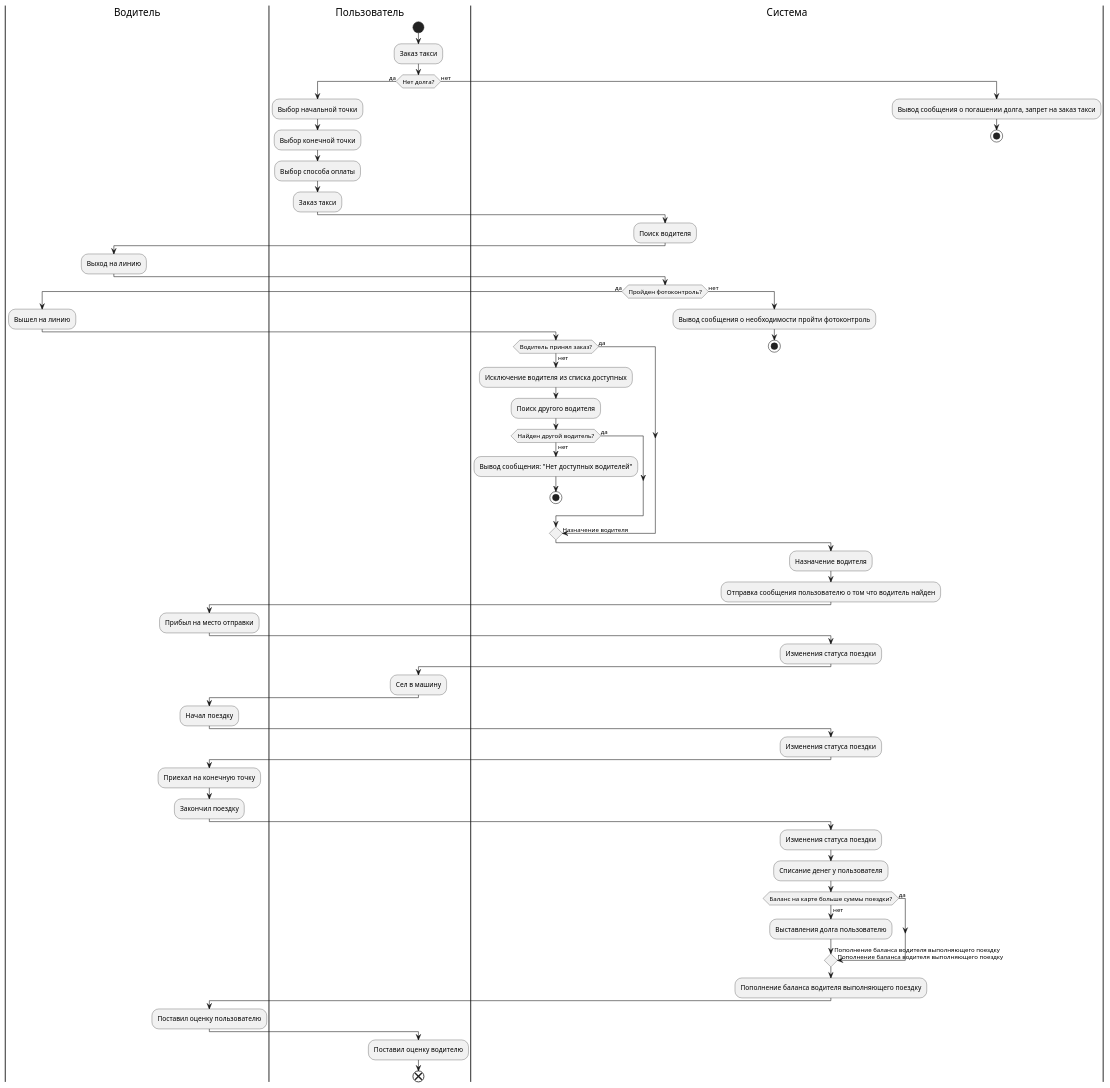
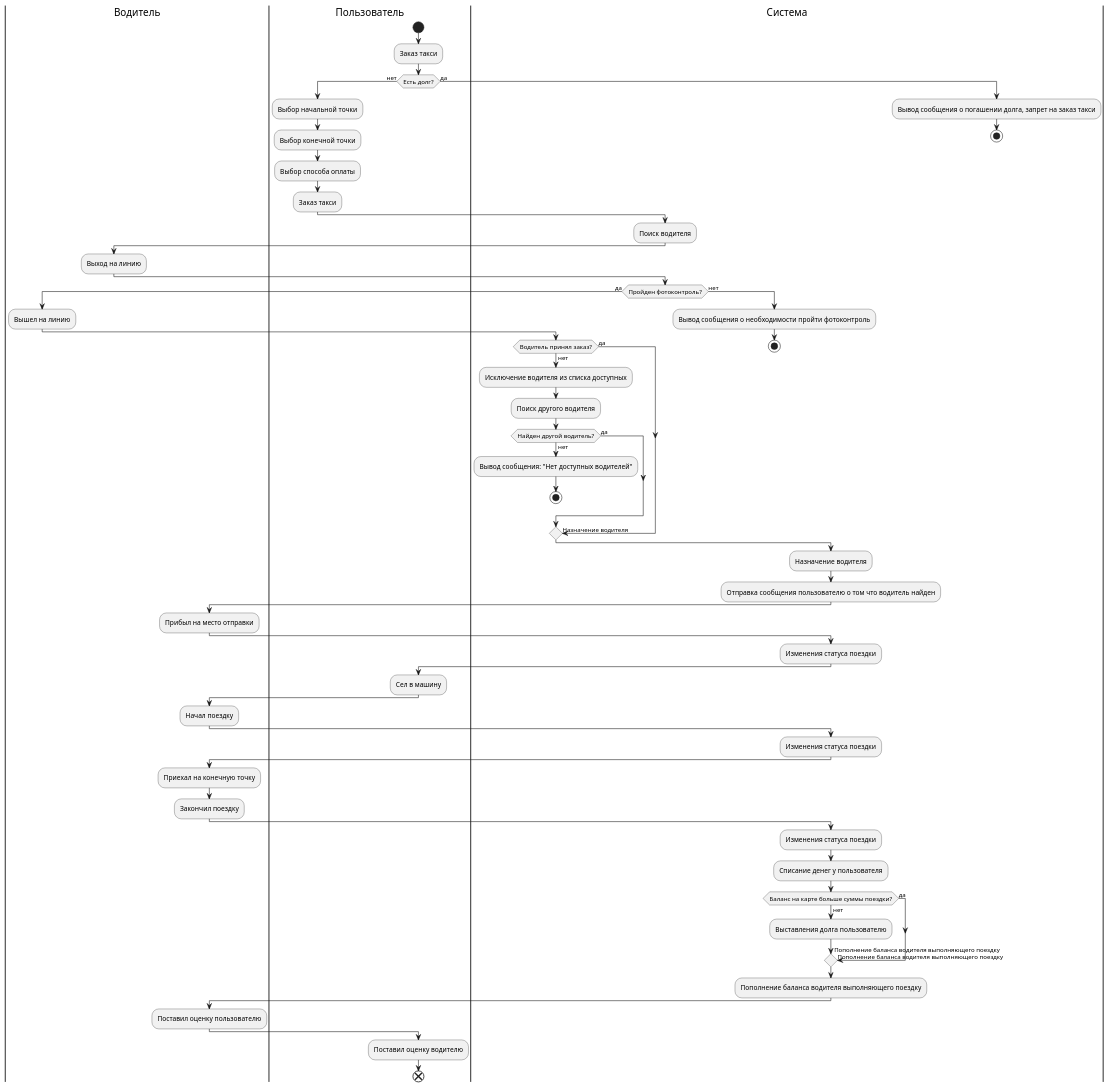
Before and after one commit to den990/PPO: the diagram in 2. Технический проект/4_state/state.puml, drawn with PlantUML. The commit also changed 11 other files, not shown here.

```diff
--- a/2. Технический проект/4_state/state.puml
+++ b/2. Технический проект/4_state/state.puml
@@ -1,73 +1,73 @@
 @startuml
 |Водитель|
 |Пользователь|
 start
 |Пользователь|
 :Заказ такси;
-if (Нет долга?) then (да)
+if (Есть долг?) then (нет)
     :Выбор начальной точки;
     :Выбор конечной точки;
     :Выбор способа оплаты;
     :Заказ такси;
     |Система|
     :Поиск водителя;
     |Водитель|
     :Выход на линию;
     |Система|
     if (Пройден фотоконтроль?) then (да)
         |Водитель|
         :Вышел на линию;
         |Система|
         if (Водитель принял заказ?) then (да)
             -> Назначение водителя;
         else (нет)
             :Исключение водителя из списка доступных;
             :Поиск другого водителя;
             if (Найден другой водитель?) then (да)
                 -> Назначение водителя;
             else (нет)
                 :Вывод сообщения: "Нет доступных водителей";    
                 stop
             endif
         endif   
     else (нет)
         :Вывод сообщения о необходимости пройти фотоконтроль;
         stop
     endif
-else (нет)
+else (да)
     :Вывод сообщения о погашении долга, запрет на заказ такси;
     stop
 endif
 |Система|
 :Назначение водителя;
 :Отправка сообщения пользователю о том что водитель найден;
 |Водитель|
 :Прибыл на место отправки;
 |Система|
 :Изменения статуса поездки;
 |Пользователь|
 :Сел в машину;
 |Водитель|
 :Начал поездку;
 |Система|
 :Изменения статуса поездки;
 |Водитель|
 :Приехал на конечную точку;
 :Закончил поездку;
 |Система|
 :Изменения статуса поездки;
 :Списание денег у пользователя;
 if (Баланс на карте больше суммы поездки?) then (да)
     ->Пополнение баланса водителя выполняющего поездку;
 else (нет)
     :Выставления долга пользователю;
     ->Пополнение баланса водителя выполняющего поездку;
 endif
 
 :Пополнение баланса водителя выполняющего поездку;
 |Водитель|
 :Поставил оценку пользователю;
 |Пользователь|
 :Поставил оценку водителю;
 end
 @enduml
```
